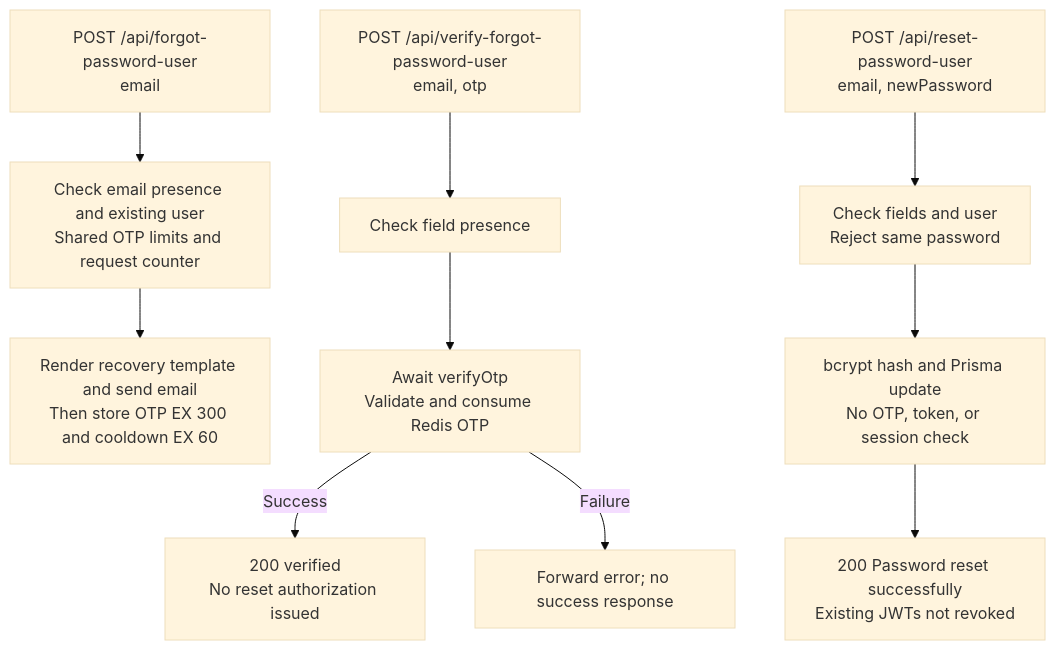
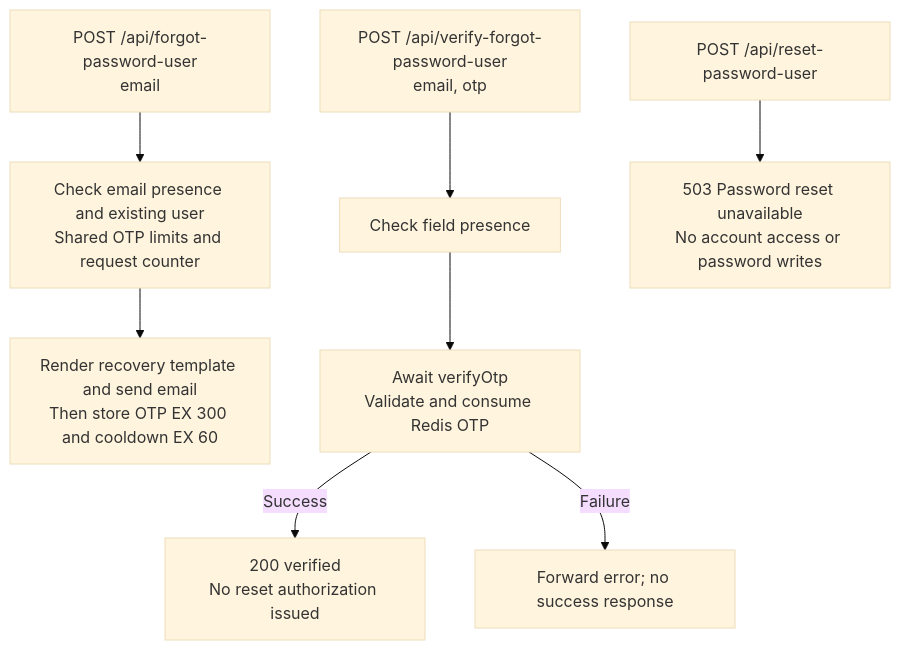
The sixth of 7 diagrams in docs/architecture/request-flows.md (Kruskal892/Microservice-SaaS-E-commerce), drawn with Mermaid (base theme) before and after one commit. The commit also changed other lines of this file and 39 other files, not shown here.

Commit message:
feat(auth): wire login, harden verification, and disable password reset

````diff
--- a/docs/architecture/request-flows.md
+++ b/docs/architecture/request-flows.md
@@ -238,12 +239,10 @@
 ```mermaid
 flowchart TD
     Request["POST /api/forgot-password-user<br/>email"] --> Lookup["Check email presence and existing user<br/>Shared OTP limits and request counter"]
     Lookup --> Mail["Render recovery template and send email<br/>Then store OTP EX 300 and cooldown EX 60"]
     Verify["POST /api/verify-forgot-password-user<br/>email, otp"] --> Presence["Check field presence"]
     Presence --> Launch["Await verifyOtp<br/>Validate and consume Redis OTP"]
     Launch -->|Success| Verified["200 verified<br/>No reset authorization issued"]
     Launch -->|Failure| Error["Forward error; no success response"]
-    Reset["POST /api/reset-password-user<br/>email, newPassword"] --> User["Check fields and user<br/>Reject same password"]
-    User --> Hash["bcrypt hash and Prisma update<br/>No OTP, token, or session check"]
-    Hash --> Done["200 Password reset successfully<br/>Existing JWTs not revoked"]
+    Reset["POST /api/reset-password-user"] --> Disabled["503 Password reset unavailable<br/>No account access or password writes"]
 ```
````
